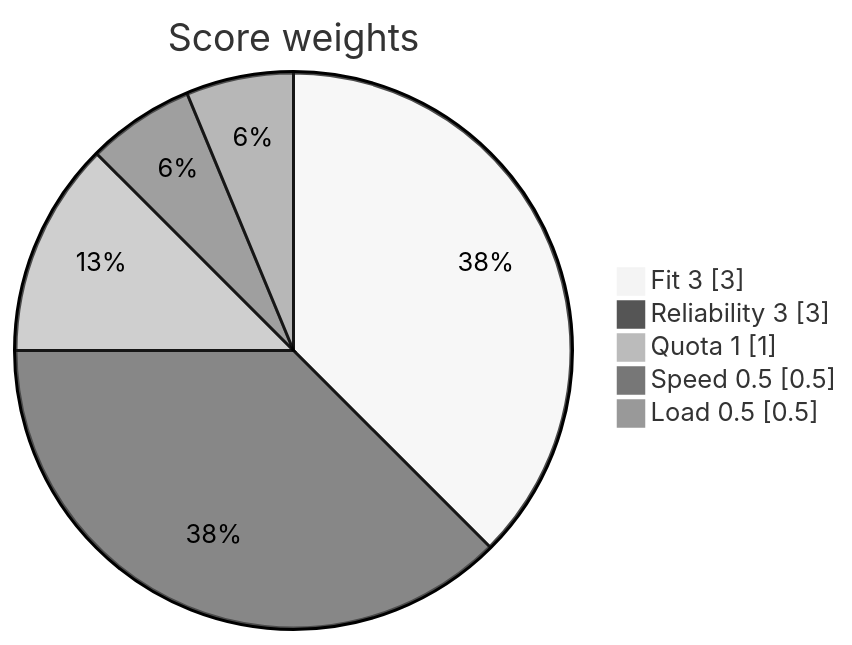
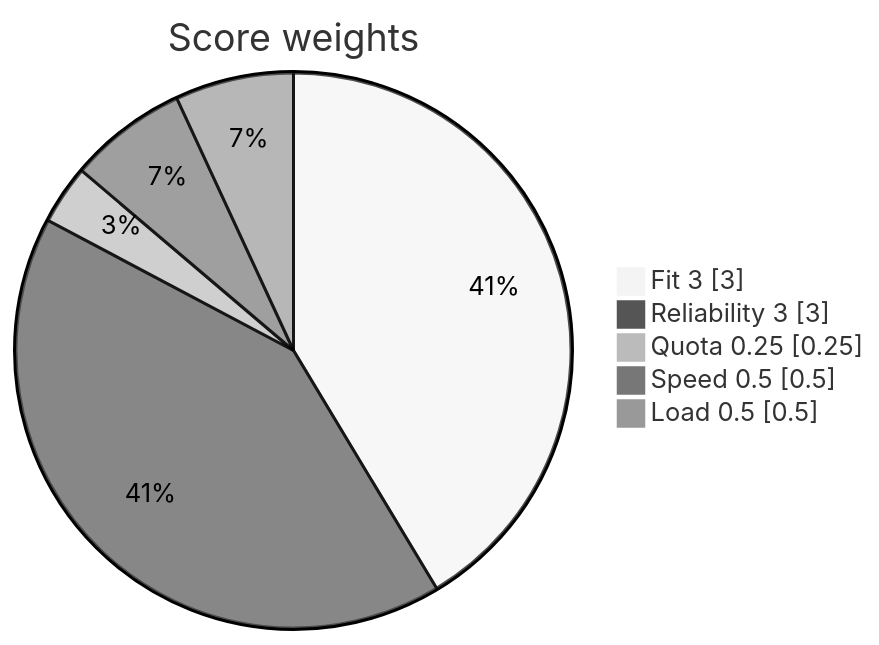
One commit to ming2363/ai-relay changed the second of 3 diagrams in README.md. Above: the diagram before and after it, drawn with Mermaid (neutral theme). The commit also changed other lines of this file and 9 other files, not shown here.

````diff
--- a/README.md
+++ b/README.md
@@ -39,9 +39,9 @@
 ```mermaid
 pie showData
     title Score weights
     "Fit 3" : 3
     "Reliability 3" : 3
-    "Quota 1" : 1
+    "Quota 0.25" : 0.25
     "Speed 0.5" : 0.5
     "Load 0.5" : 0.5
 ```
````
